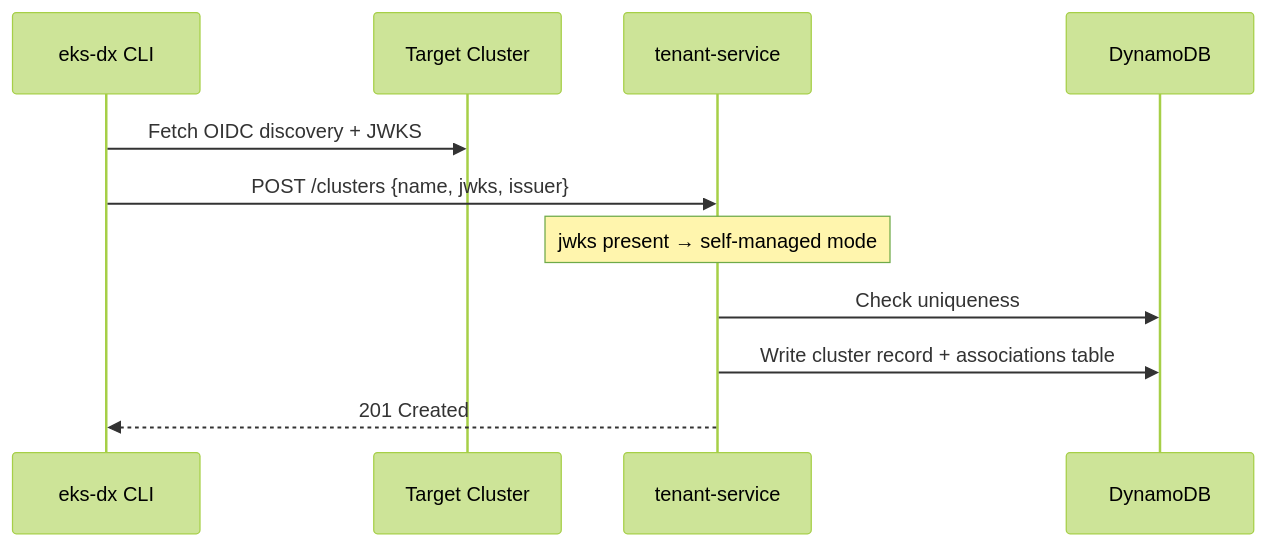
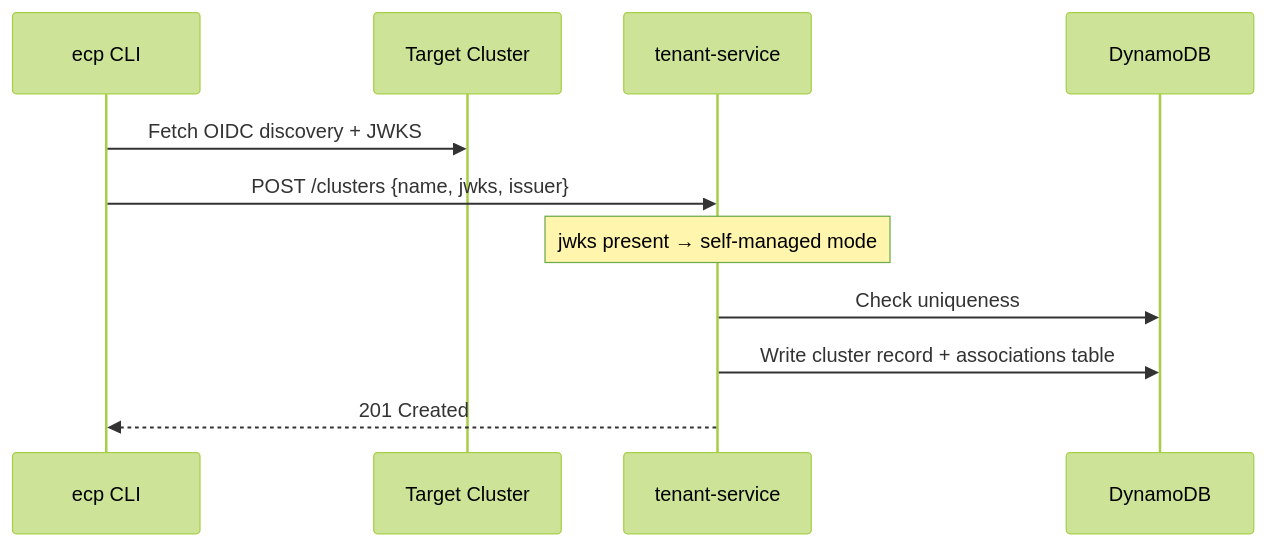
One commit to plasticity-of-cloud/express-compute-control-plane changed the fourth of 8 diagrams in .agents/summary/workflows.md. Above: the diagram before and after it, drawn with Mermaid (forest theme). The commit also changed other lines of this file and 60 other files, not shown here.

````diff
--- a/.agents/summary/workflows.md
+++ b/.agents/summary/workflows.md
@@ -91,14 +91,14 @@
 ```mermaid
 sequenceDiagram
-    participant CLI as eks-dx CLI
+    participant CLI as ecp CLI
     participant K8s as Target Cluster
     participant TSvc as tenant-service
     participant DDB as DynamoDB
 
     CLI->>K8s: Fetch OIDC discovery + JWKS
     CLI->>TSvc: POST /clusters {name, jwks, issuer}
     Note over TSvc: jwks present → self-managed mode
     TSvc->>DDB: Check uniqueness
     TSvc->>DDB: Write cluster record + associations table
     TSvc-->>CLI: 201 Created
 ```
````
